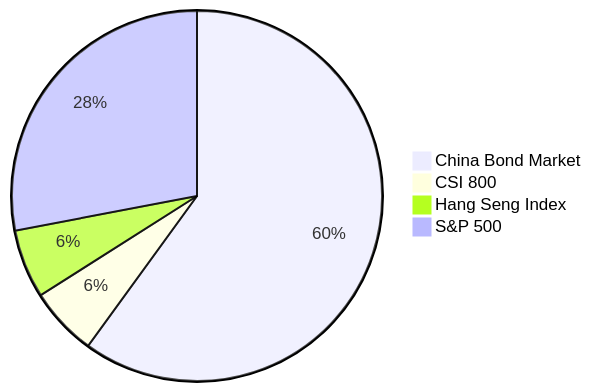
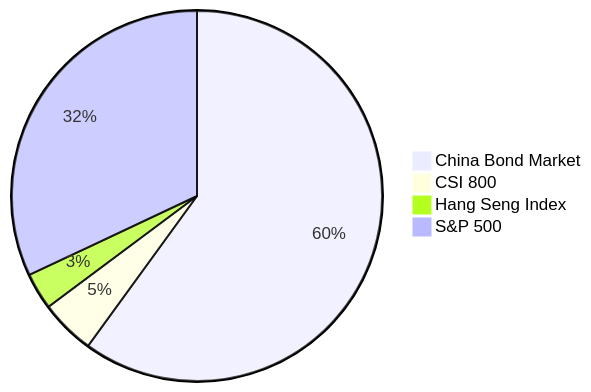
Before and after one commit to low-earth-orbit/notes: the second of 5 diagrams in chinese-couch-potato.md, drawn with Mermaid. The commit also changed other lines of this file, not shown here.

````diff
--- a/chinese-couch-potato.md
+++ b/chinese-couch-potato.md
@@ -135,7 +135,7 @@
 ```mermaid
 pie
 "China Bond Market" : 60
-"CSI 800" : 6
-"Hang Seng Index" : 6
-"S&P 500" : 28
+"CSI 800" : 4.8
+"Hang Seng Index" : 3.2
+"S&P 500" : 32
 ```
````
